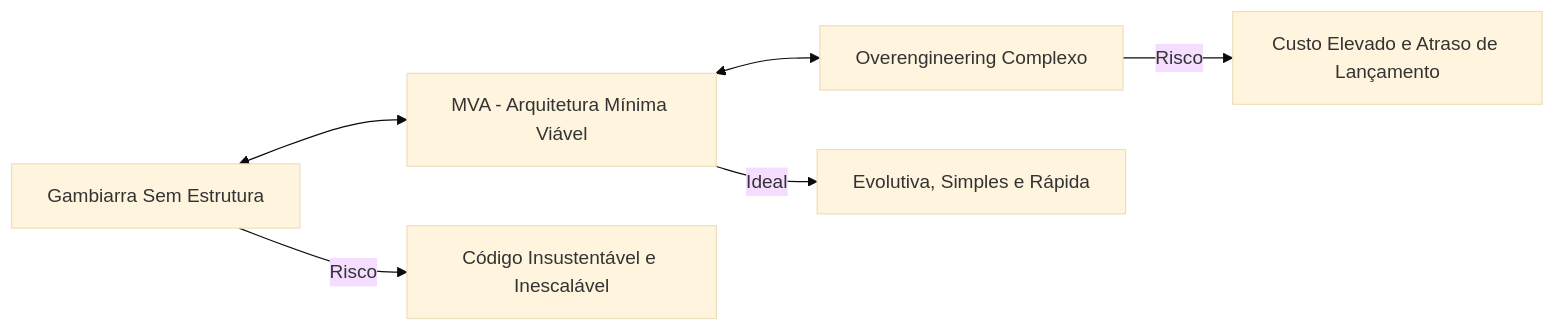
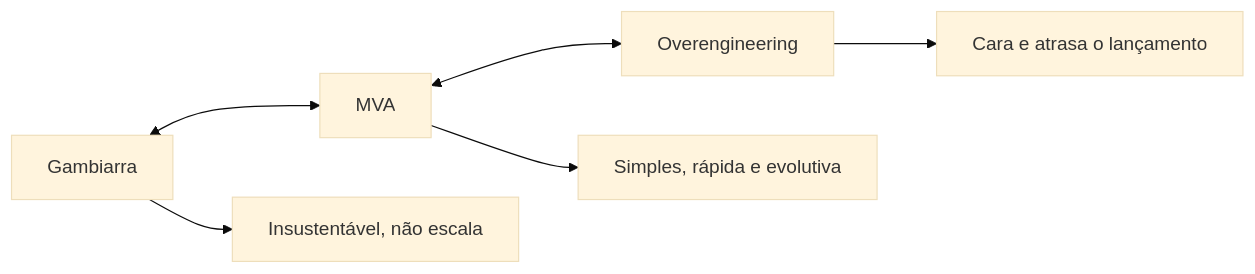
One commit to MaicomMRampi/software-architecture-handbook changed the diagram in Arquiteto de Software/02 Requisitos arquiteturais e modelagem arquitetural/02 MVP.md. Above: the diagram before and after it, drawn with Mermaid (base theme). The commit also changed other lines of this file and 43 other files, not shown here.

````diff
--- a/Arquiteto de Software/02 Requisitos arquiteturais e modelagem arquitetural/02 MVP.md
+++ b/Arquiteto de Software/02 Requisitos arquiteturais e modelagem arquitetural/02 MVP.md
@@ -16,8 +28,7 @@
 ```mermaid
 graph LR
-    A[Gambiarra Sem Estrutura] <--> B[MVA - Arquitetura Mínima Viável] <--> C[Overengineering Complexo]
-    
-    A -->|Risco| A1[Código Insustentável e Inescalável]
-    B -->|Ideal| B1[Evolutiva, Simples e Rápida]
-    C -->|Risco| C1[Custo Elevado e Atraso de Lançamento]
+    A[Gambiarra] <--> B[MVA] <--> C[Overengineering]
+    A --> A1[Insustentável, não escala]
+    B --> B1[Simples, rápida e evolutiva]
+    C --> C1[Cara e atrasa o lançamento]
 ```
````
